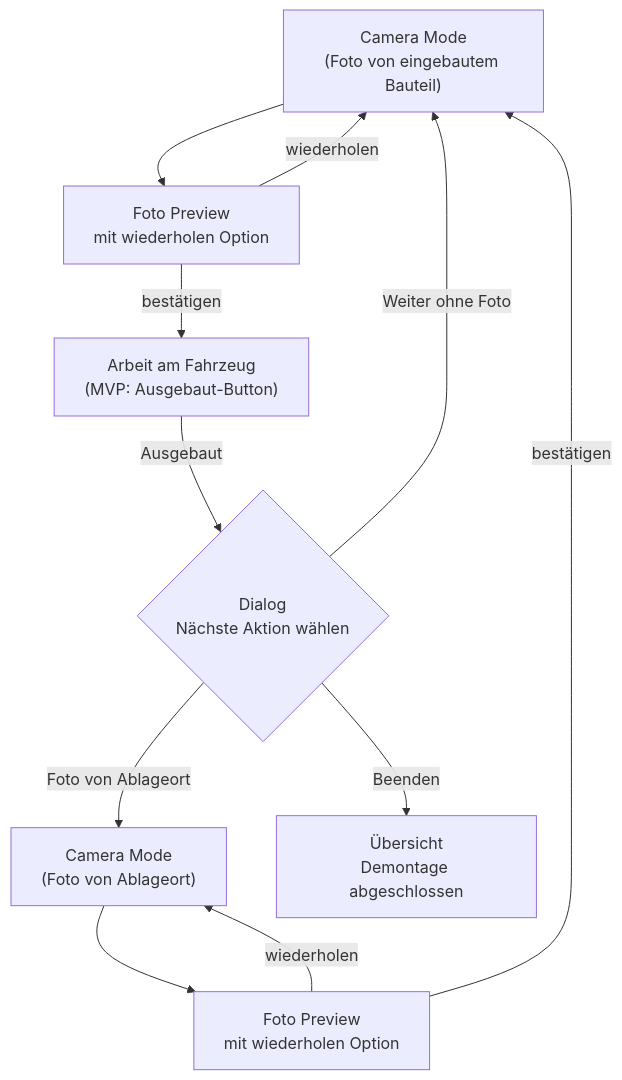
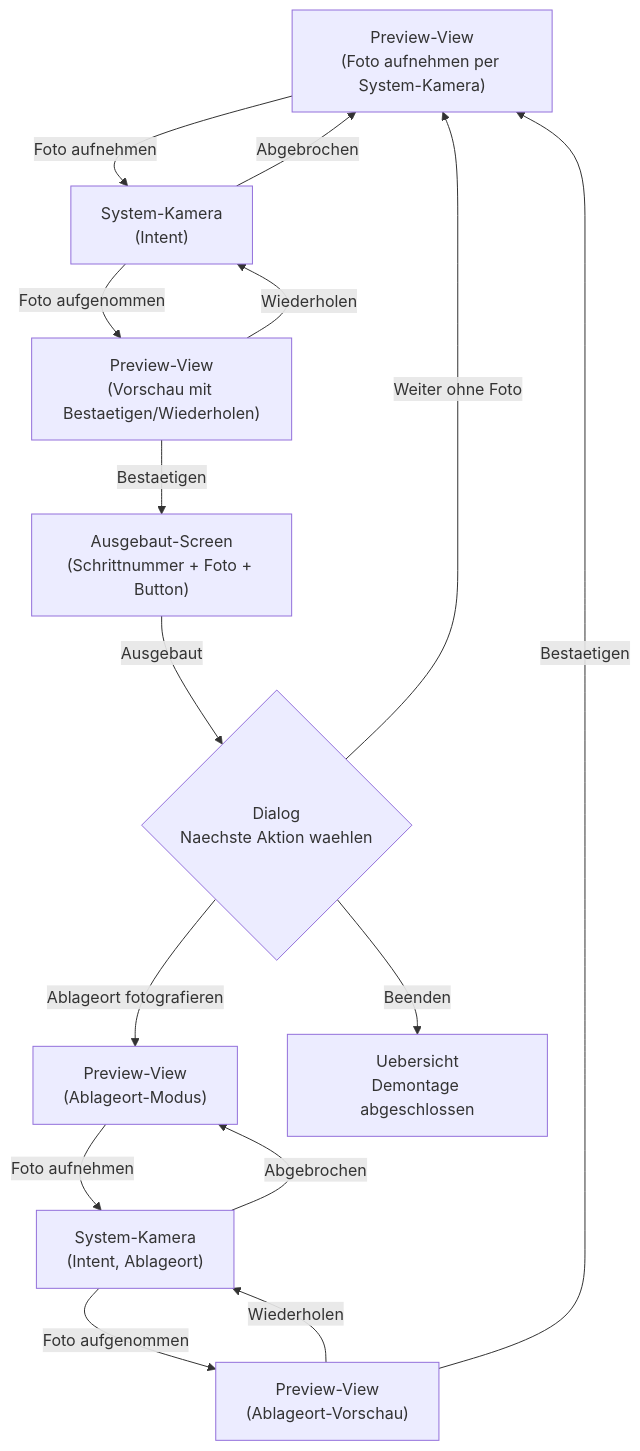
The first of 2 diagrams in docs/specs/F-003-demontage/README.md (KuestenFlunder/BoltMind), drawn with Mermaid before and after one commit. The commit also changed other lines of this file and 7 other files, not shown here.

````diff
--- a/docs/specs/F-003-demontage/README.md
+++ b/docs/specs/F-003-demontage/README.md
@@ -26,13 +158,17 @@
 ```mermaid
 flowchart TD
-    A["Camera Mode\n(Foto von eingebautem Bauteil)"] --> B["Foto Preview\nmit wiederholen Option"]
-    B -- "wiederholen" --> A
-    B -- "bestätigen" --> C["Arbeit am Fahrzeug\n(MVP: Ausgebaut-Button)"]
-    C -- "Ausgebaut" --> D{"Dialog\nNächste Aktion wählen"}
-    D -- "Foto von Ablageort" --> E["Camera Mode\n(Foto von Ablageort)"]
+    A["Preview-View\n(Foto aufnehmen per System-Kamera)"] -- "Foto aufnehmen" --> SK1["System-Kamera\n(Intent)"]
+    SK1 -- "Foto aufgenommen" --> B["Preview-View\n(Vorschau mit Bestaetigen/Wiederholen)"]
+    SK1 -- "Abgebrochen" --> A
+    B -- "Wiederholen" --> SK1
+    B -- "Bestaetigen" --> C["Ausgebaut-Screen\n(Schrittnummer + Foto + Button)"]
+    C -- "Ausgebaut" --> D{"Dialog\nNaechste Aktion waehlen"}
+    D -- "Ablageort fotografieren" --> E["Preview-View\n(Ablageort-Modus)"]
+    E -- "Foto aufnehmen" --> SK2["System-Kamera\n(Intent, Ablageort)"]
+    SK2 -- "Foto aufgenommen" --> G["Preview-View\n(Ablageort-Vorschau)"]
+    SK2 -- "Abgebrochen" --> E
     D -- "Weiter ohne Foto" --> A
-    D -- "Beenden" --> F["Übersicht\nDemontage abgeschlossen"]
-    E --> G["Foto Preview\nmit wiederholen Option"]
-    G -- "wiederholen" --> E
-    G -- "bestätigen" --> A
+    D -- "Beenden" --> F["Uebersicht\nDemontage abgeschlossen"]
+    G -- "Wiederholen" --> SK2
+    G -- "Bestaetigen" --> A
 ```
````
